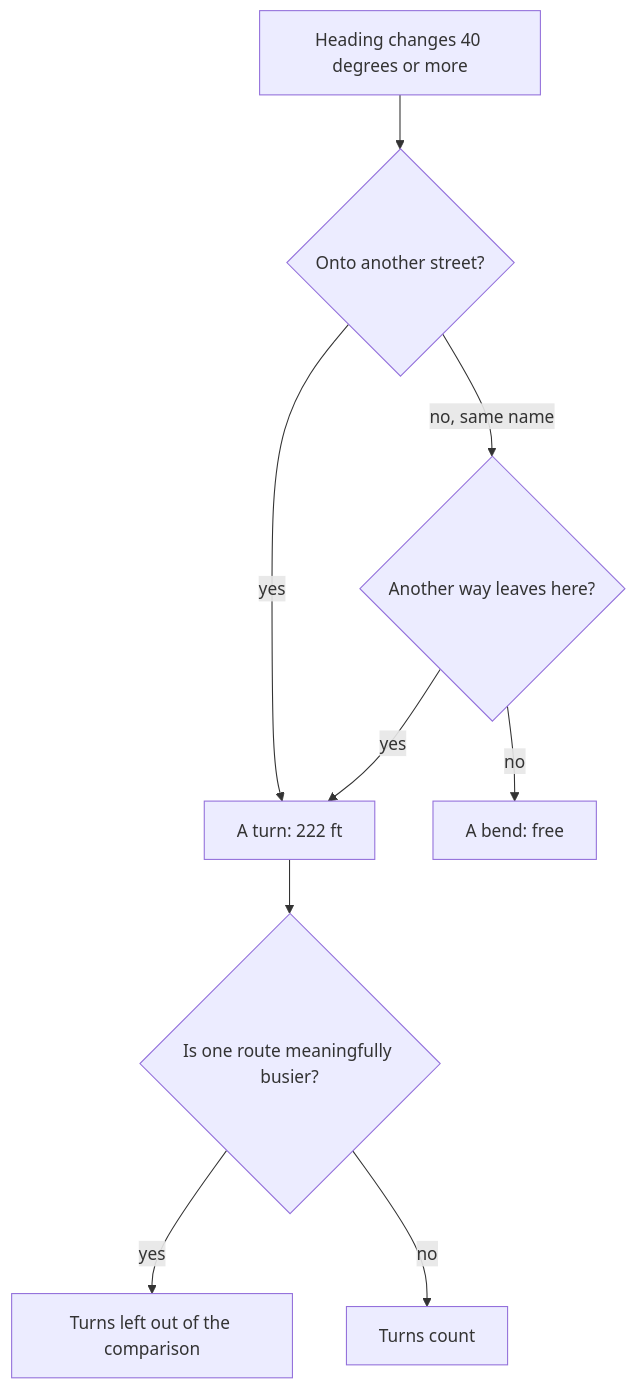
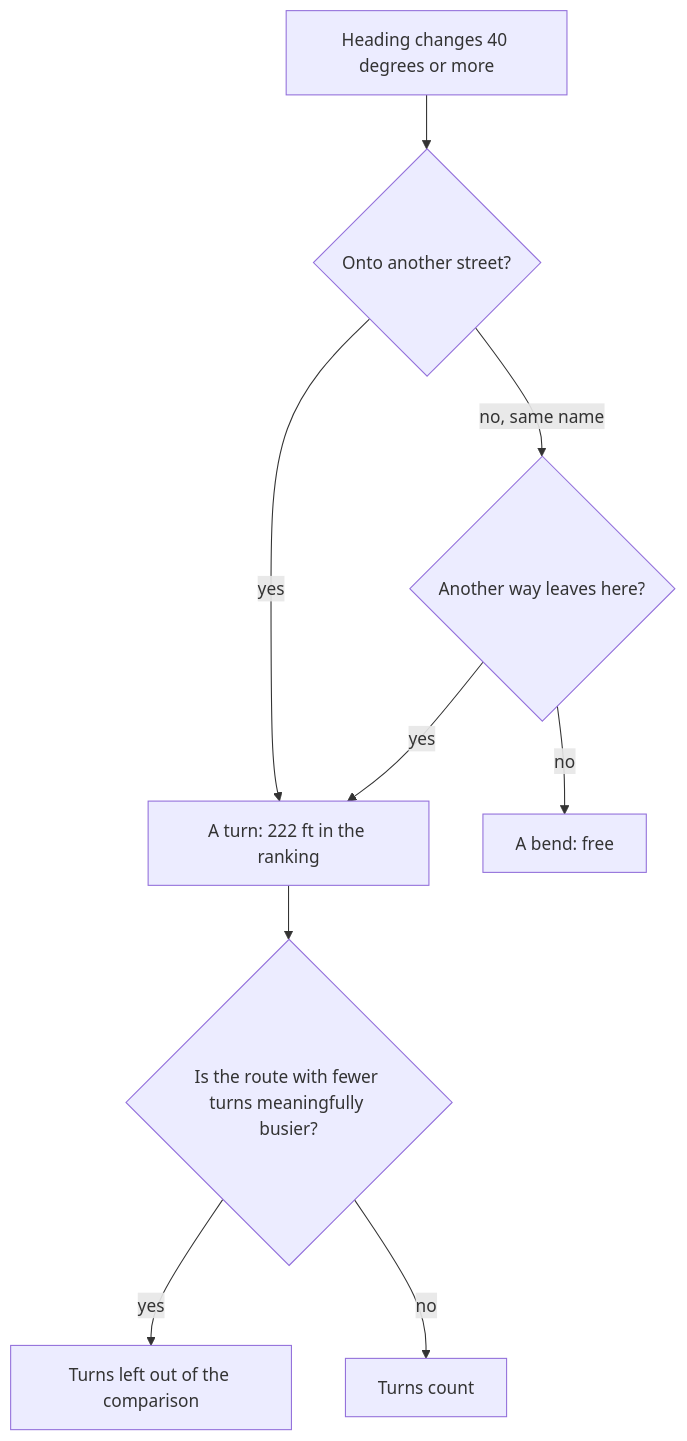
Before and after one commit to Macrophage87/RouteMaker: the sixth of 13 diagrams in docs/stress/routing-costs.md, drawn with Mermaid. The commit also changed other lines of this file and 14 other files, not shown here.

First line of the commit message:
Costing review fixes: router turn charge back to 15, turns priced and guarded in the ranking

````diff
--- a/docs/stress/routing-costs.md
+++ b/docs/stress/routing-costs.md
@@ -273,11 +276,11 @@
 ```mermaid
 flowchart TD
   A["Heading changes 40 degrees or more"] --> B{"Onto another street?"}
-  B -- yes --> T["A turn: 222 ft"]
+  B -- yes --> T["A turn: 222 ft in the ranking"]
   B -- "no, same name" --> C{"Another way leaves here?"}
   C -- yes --> T
   C -- no --> N["A bend: free"]
-  T --> G{"Is one route meaningfully busier?"}
+  T --> G{"Is the route with fewer turns meaningfully busier?"}
   G -- yes --> H["Turns left out of the comparison"]
   G -- no --> I["Turns count"]
 ```
````
